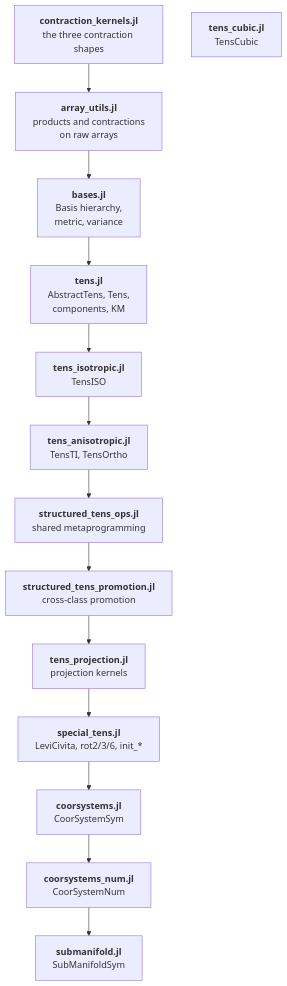
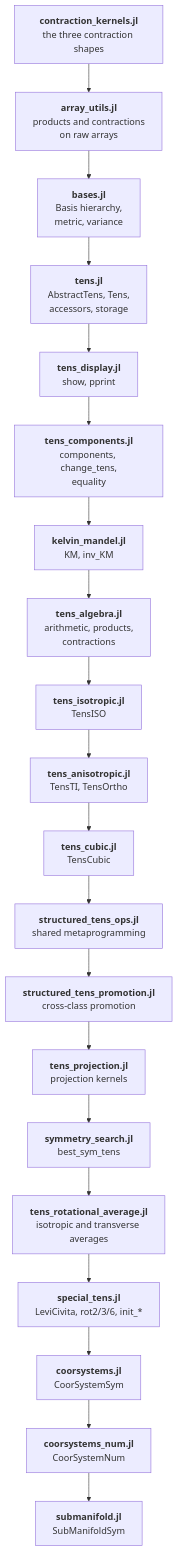
Before and after one commit to MicroPoroChemoMechanics/TensND.jl: the diagram in docs/src/developer/architecture.md, drawn with Mermaid. The commit also changed other lines of this file and 7 other files, not shown here.

````diff
--- a/docs/src/developer/architecture.md
+++ b/docs/src/developer/architecture.md
@@ -8,19 +8,25 @@
 ```mermaid
 %%{init: {"flowchart": {"useMaxWidth": false}}}%%
 flowchart TB
     CK["<b>contraction_kernels.jl</b><br/>the three contraction shapes"]
     AU["<b>array_utils.jl</b><br/>products and contractions<br/>on raw arrays"]
     BA["<b>bases.jl</b><br/>Basis hierarchy,<br/>metric, variance"]
-    TE["<b>tens.jl</b><br/>AbstractTens, Tens,<br/>components, KM"]
+    TE["<b>tens.jl</b><br/>AbstractTens, Tens,<br/>accessors, storage"]
+    TD["<b>tens_display.jl</b><br/>show, pprint"]
+    TC["<b>tens_components.jl</b><br/>components, change_tens,<br/>equality"]
+    KMF["<b>kelvin_mandel.jl</b><br/>KM, inv_KM"]
+    TA["<b>tens_algebra.jl</b><br/>arithmetic, products,<br/>contractions"]
     ISO["<b>tens_isotropic.jl</b><br/>TensISO"]
     ANI["<b>tens_anisotropic.jl</b><br/>TensTI, TensOrtho"]
     CUB["<b>tens_cubic.jl</b><br/>TensCubic"]
     OPS["<b>structured_tens_ops.jl</b><br/>shared metaprogramming"]
     PRO["<b>structured_tens_promotion.jl</b><br/>cross-class promotion"]
     PRJ["<b>tens_projection.jl</b><br/>projection kernels"]
+    SYM["<b>symmetry_search.jl</b><br/>best_sym_tens"]
+    RA["<b>tens_rotational_average.jl</b><br/>isotropic and transverse averages"]
     SPE["<b>special_tens.jl</b><br/>LeviCivita, rot2/3/6, init_*"]
     CSS["<b>coorsystems.jl</b><br/>CoorSystemSym"]
     CSN["<b>coorsystems_num.jl</b><br/>CoorSystemNum"]
     SUB["<b>submanifold.jl</b><br/>SubManifoldSym"]
-    CK --> AU --> BA --> TE --> ISO --> ANI --> OPS --> PRO --> PRJ --> SPE --> CSS --> CSN --> SUB
+    CK --> AU --> BA --> TE --> TD --> TC --> KMF --> TA --> ISO --> ANI --> CUB --> OPS --> PRO --> PRJ --> SYM --> RA --> SPE --> CSS --> CSN --> SUB
 ```
````
